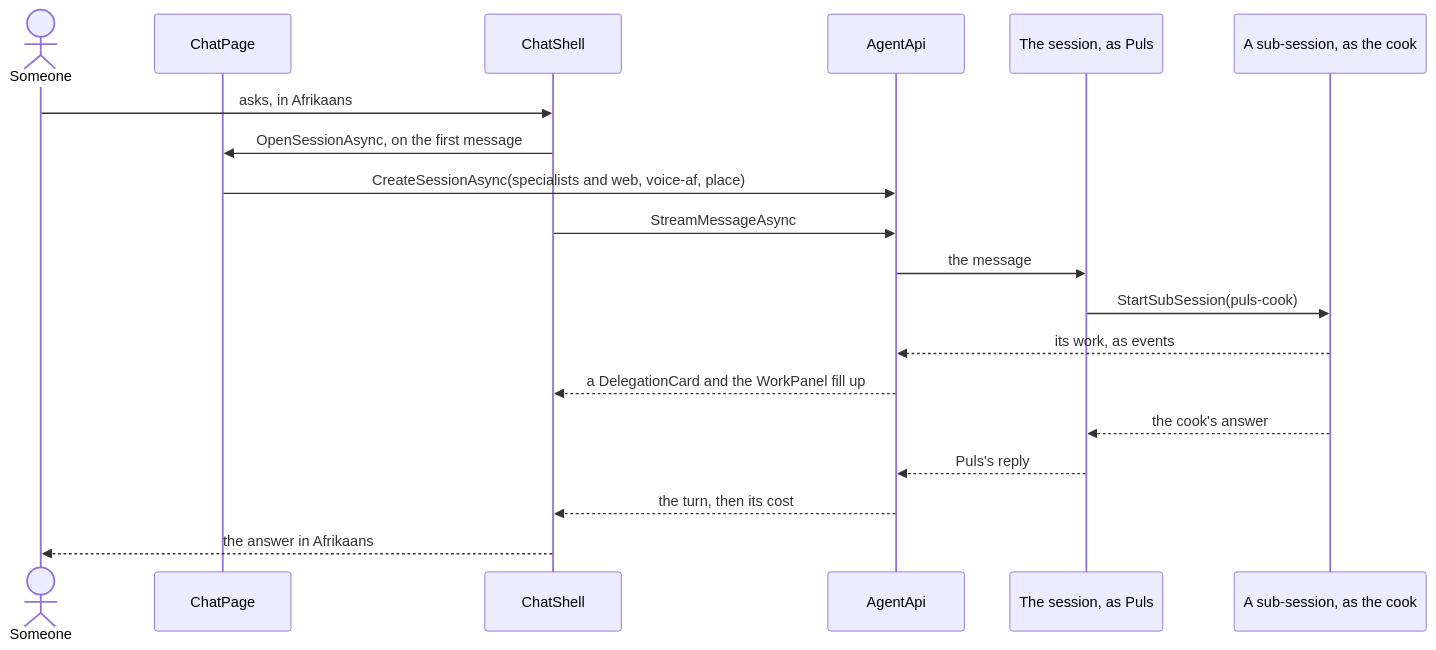
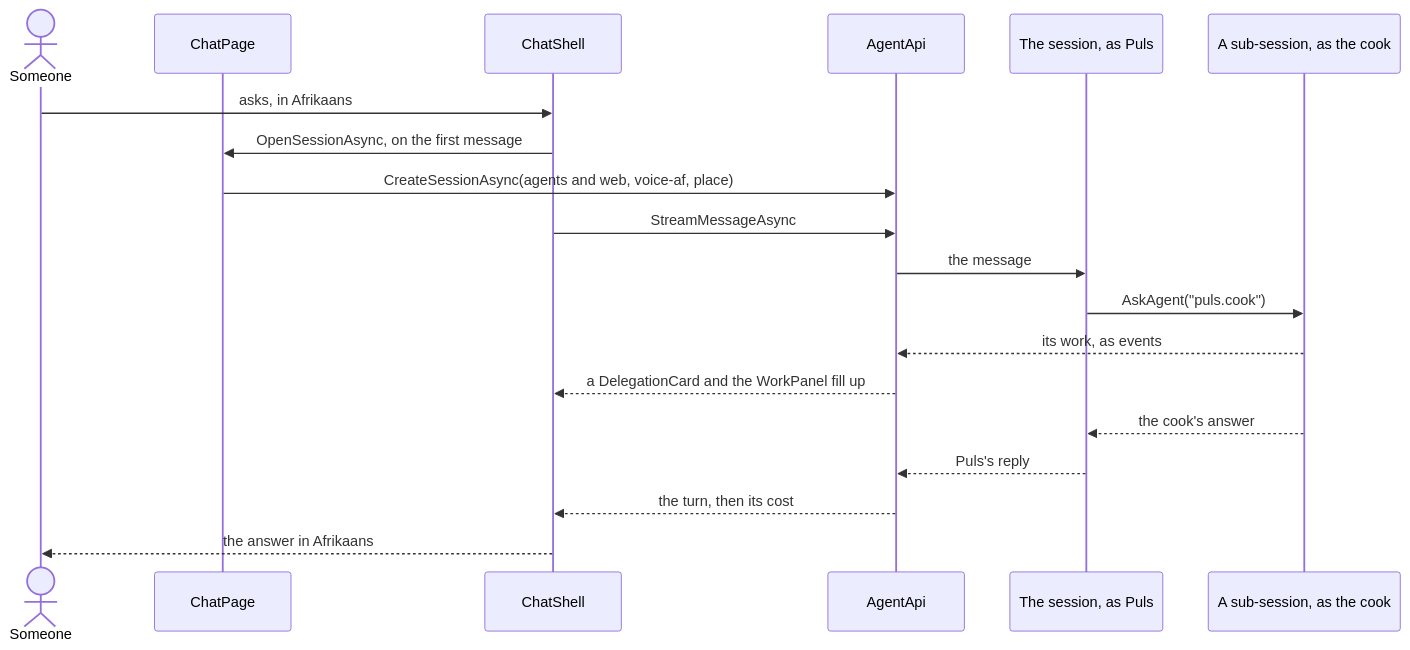
The second of 2 diagrams in demos/puls/docs/projects/louis-agent.puls.md (bosbevk/louis-agent), drawn with Mermaid before and after one commit. The commit also changed other lines of this file and 35 other files, not shown here.

First line of the commit message:
docs(f127.3.1): step 12 - the docs say AskAgent, ADR 0117 settled, the plan folded

````diff
--- a/demos/puls/docs/projects/louis-agent.puls.md
+++ b/demos/puls/docs/projects/louis-agent.puls.md
@@ -58,21 +58,21 @@
 ```mermaid
 sequenceDiagram
     actor U as Someone
     participant P as ChatPage
     participant S as ChatShell
     participant A as AgentApi
     participant V as The session, as Puls
     participant C as A sub-session, as the cook
     U->>S: asks, in Afrikaans
     S->>P: OpenSessionAsync, on the first message
-    P->>A: CreateSessionAsync(specialists and web, voice-af, place)
+    P->>A: CreateSessionAsync(agents and web, voice-af, place)
     S->>A: StreamMessageAsync
     A->>V: the message
-    V->>C: StartSubSession(puls-cook)
+    V->>C: AskAgent("puls.cook")
     C-->>A: its work, as events
     A-->>S: a DelegationCard and the WorkPanel fill up
     C-->>V: the cook's answer
     V-->>A: Puls's reply
     A-->>S: the turn, then its cost
     S-->>U: the answer in Afrikaans
 ```
````
